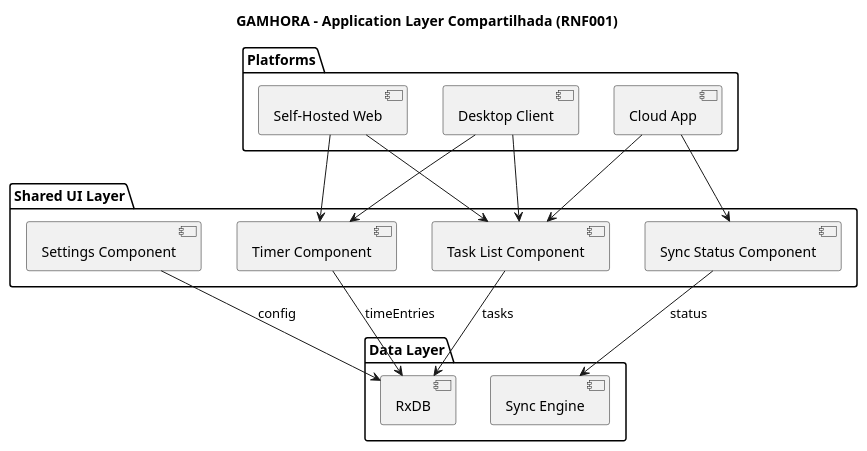
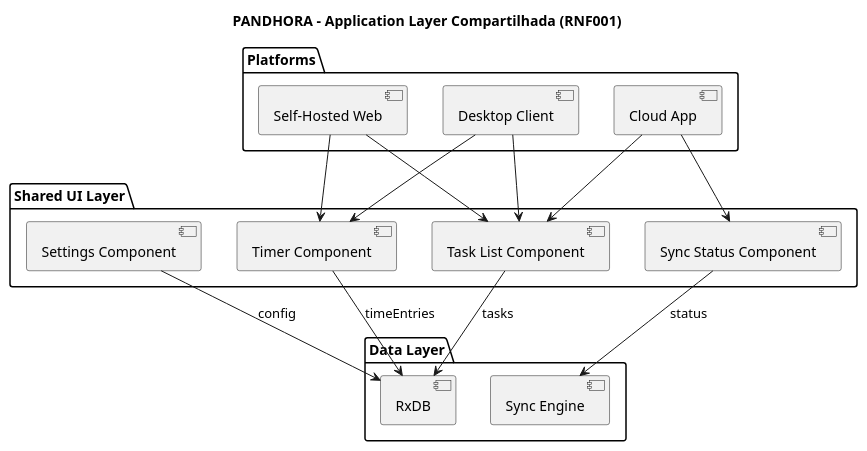
The diagram in docs/srs/diagrams/puml/component/diagram-component-003-shared-ui.puml (Gustavohps10/gamhora), drawn with PlantUML before and after one commit. The commit also changed 317 other files, not shown here.

```diff
--- a/docs/srs/diagrams/puml/component/diagram-component-003-shared-ui.puml
+++ b/docs/srs/diagrams/puml/component/diagram-component-003-shared-ui.puml
@@ -1,32 +1,32 @@
 @startuml ComponentSharedUI
-title GAMHORA - Application Layer Compartilhada (RNF001)
+title PANDHORA - Application Layer Compartilhada (RNF001)
 package "Shared UI Layer" {
     component [Task List Component] as TaskList
     component [Timer Component] as Timer
     component [Sync Status Component] as SyncStatus
     component [Settings Component] as Settings
 }
 
 package "Platforms" {
     [Desktop Client] as Desktop
     [Self-Hosted Web] as Web
     [Cloud App] as Cloud
 }
 
 package "Data Layer" {
     [RxDB] as RxDB
     [Sync Engine] as Sync
 }
 
 TaskList --> RxDB : tasks
 Timer --> RxDB : timeEntries
 SyncStatus --> Sync : status
 Settings --> RxDB : config
 
 Desktop --> TaskList
 Desktop --> Timer
 Web --> TaskList
 Web --> Timer
 Cloud --> TaskList
 Cloud --> SyncStatus
 @enduml
```
